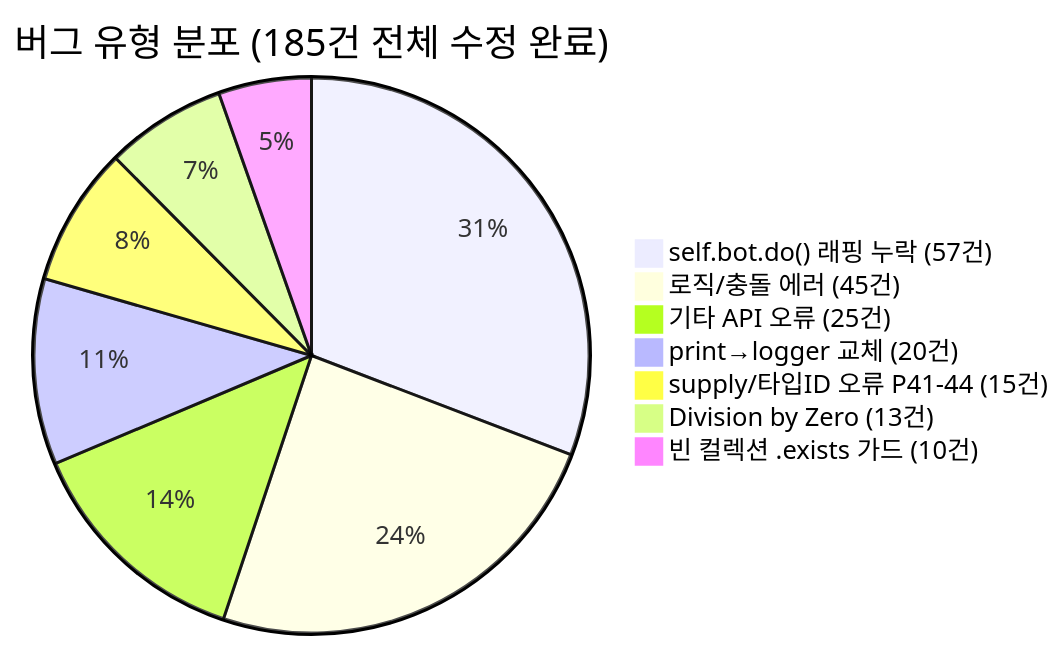
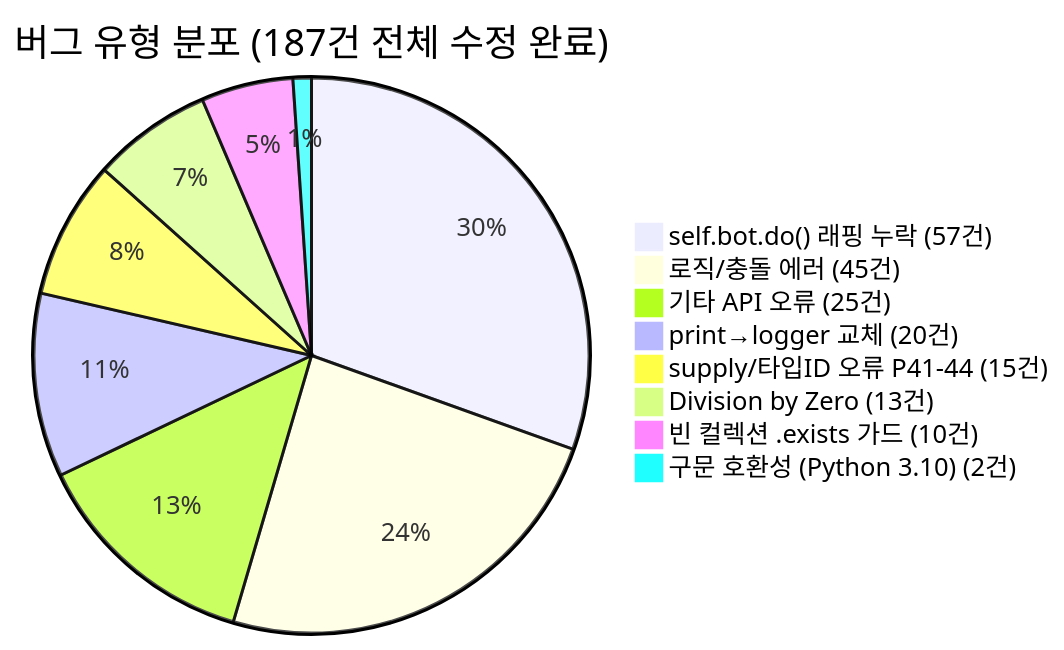
Before and after one commit to sun475300-sudo/Swarm-control-in-sc2bot: diagram 20 of 27 in README.md, drawn with Mermaid. The commit also changed other lines of this file and 2 other files, not shown here.

````diff
--- a/README.md
+++ b/README.md
@@ -958,10 +958,11 @@
 ```mermaid
-pie title 버그 유형 분포 (185건 전체 수정 완료)
+pie title 버그 유형 분포 (187건 전체 수정 완료)
     "self.bot.do() 래핑 누락 (57건)" : 57
     "로직/충돌 에러 (45건)" : 45
     "기타 API 오류 (25건)" : 25
     "print→logger 교체 (20건)" : 20
     "supply/타입ID 오류 P41-44 (15건)" : 15
     "Division by Zero (13건)" : 13
     "빈 컬렉션 .exists 가드 (10건)" : 10
+    "구문 호환성 (Python 3.10) (2건)" : 2
 ```
````
